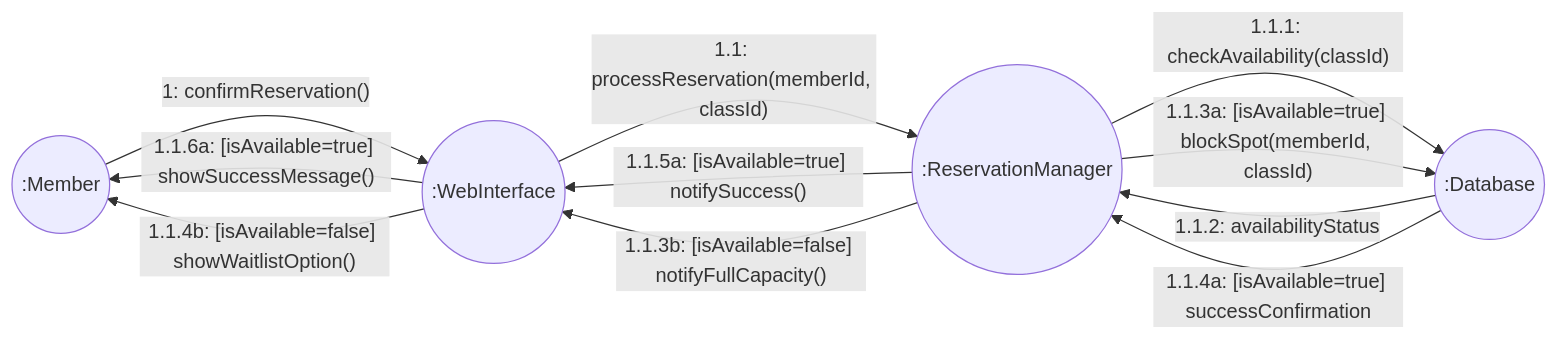
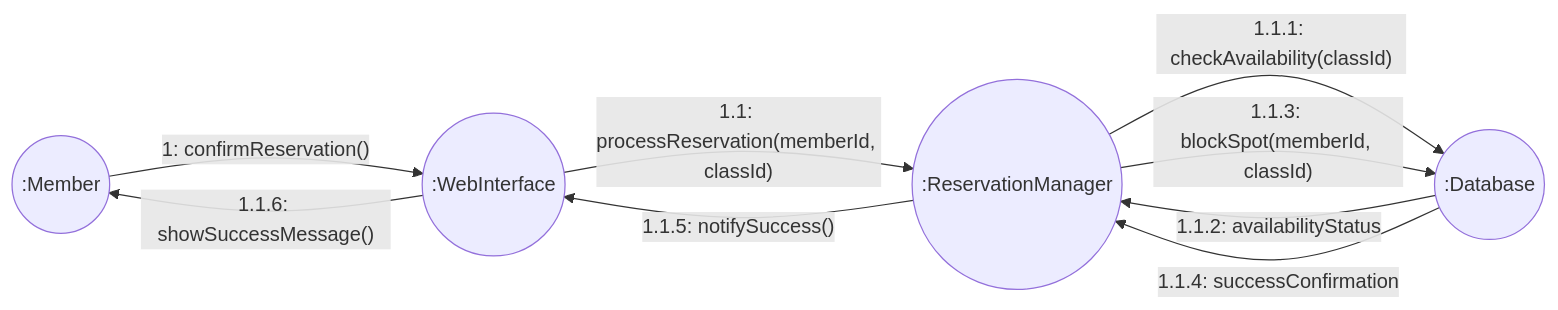
Before and after one commit to LastraMigue/Entornos-7.5: the third of 6 diagrams in README.md, drawn with Mermaid. The commit also changed other lines of this file, not shown here.

Commit message:
Revise reservation flow diagrams in README
Updated the flow diagrams for successful reservation and full class scenarios in the README.

````diff
--- a/README.md
+++ b/README.md
@@ -115,54 +117,34 @@
 ```mermaid
 graph LR
 
 %% Definición de los objetos
 Member((:Member))
 WebInterface((:WebInterface))
 ReservationManager((:ReservationManager))
 Database((:Database))
 
-%% --- FLUJO PRINCIPAL ---
-Member
--- "1: confirmReservation()"
+%% --- FLUJO DE RESERVA EXITOSA ---
+Member -- "1: confirmReservation()"
 --> WebInterface
 
-WebInterface
--- "1.1: processReservation(memberId, classId)"
+WebInterface -- "1.1: processReservation(memberId, classId)"
 --> ReservationManager
 
-ReservationManager
--- "1.1.1: checkAvailability(classId)"
+ReservationManager -- "1.1.1: checkAvailability(classId)"
 --> Database
 
-Database
--- "1.1.2: availabilityStatus"
+Database -- "1.1.2: availabilityStatus"
 --> ReservationManager
 
-
-%% --- ALTERNATIVA A: Hay hueco (isAvailable=true) ---
-ReservationManager
--- "1.1.3a: [isAvailable=true] blockSpot(memberId, classId)"
+ReservationManager -- "1.1.3: blockSpot(memberId, classId)"
 --> Database
 
-Database
--- "1.1.4a: [isAvailable=true] successConfirmation"
+Database -- "1.1.4: successConfirmation"
 --> ReservationManager
 
-ReservationManager
--- "1.1.5a: [isAvailable=true] notifySuccess()"
+ReservationManager -- "1.1.5: notifySuccess()"
 --> WebInterface
 
-WebInterface
--- "1.1.6a: [isAvailable=true] showSuccessMessage()"
---> Member
-
-
-%% --- ALTERNATIVA B: Clase llena (isAvailable=false) ---
-ReservationManager
--- "1.1.3b: [isAvailable=false] notifyFullCapacity()"
---> WebInterface
-
-WebInterface
--- "1.1.4b: [isAvailable=false] showWaitlistOption()"
+WebInterface -- "1.1.6: showSuccessMessage()"
 --> Member
 ```
````
